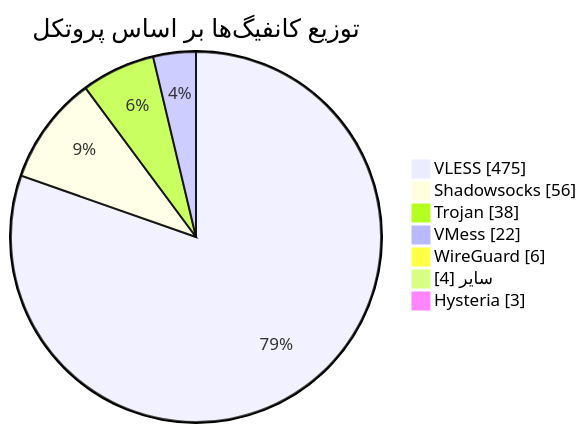
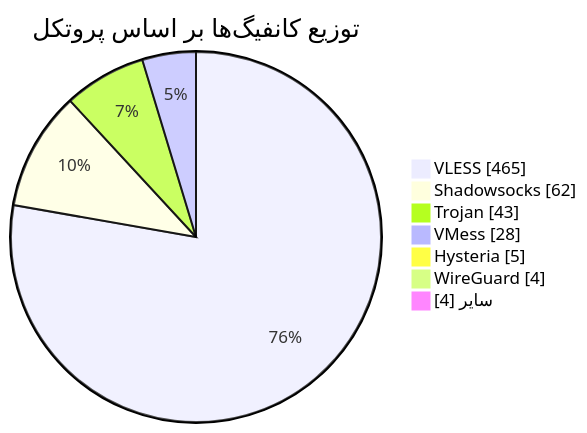
Before and after one commit to Arian-Alijani/Somthing: the diagram in README.md, drawn with Mermaid. The commit also changed other lines of this file and 21 other files, not shown here.

````diff
--- a/README.md
+++ b/README.md
@@ -49,11 +49,11 @@
 ```mermaid
 pie showData
     title توزیع کانفیگ‌ها بر اساس پروتکل
-    "VLESS" : 475
-    "Shadowsocks" : 56
-    "Trojan" : 38
-    "VMess" : 22
-    "WireGuard" : 6
+    "VLESS" : 465
+    "Shadowsocks" : 62
+    "Trojan" : 43
+    "VMess" : 28
+    "Hysteria" : 5
+    "WireGuard" : 4
     "سایر" : 4
-    "Hysteria" : 3
 ```
````
